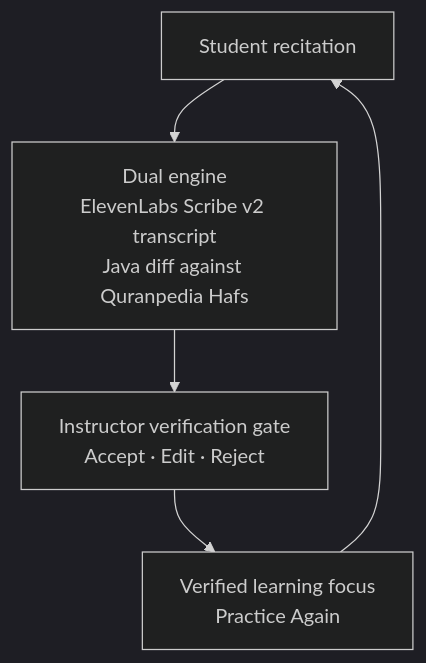
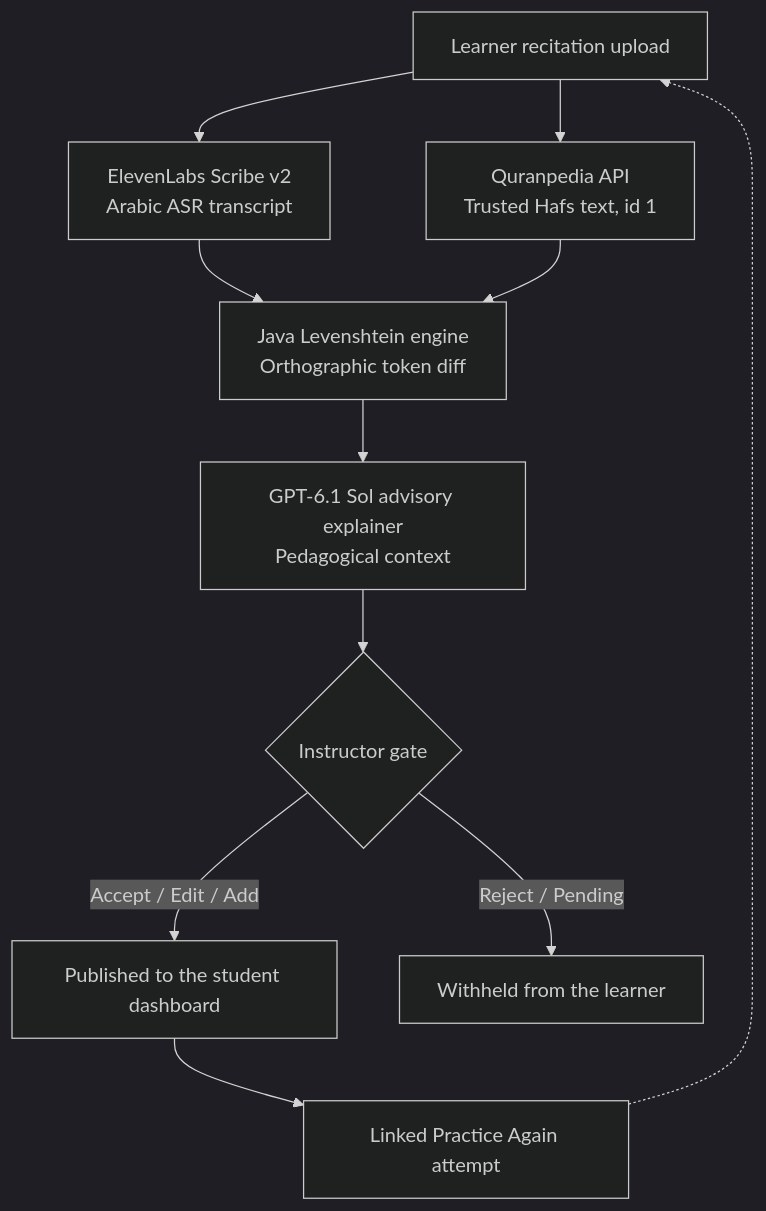
The diagram in README.md (Elhessan2000/e-tasmi-ai-learning-loop), drawn with Mermaid (dark theme) before and after one commit. The commit also changed other lines of this file, not shown here.

````diff
--- a/README.md
+++ b/README.md
@@ -44,7 +74,13 @@
 ```mermaid
 flowchart TD
-    A[Student recitation] --> B[Dual engine<br/>ElevenLabs Scribe v2 transcript<br/>Java diff against Quranpedia Hafs]
-    B --> C[Instructor verification gate<br/>Accept · Edit · Reject]
-    C --> D[Verified learning focus<br/>Practice Again]
-    D --> A
+    A[Learner recitation upload] --> B[ElevenLabs Scribe v2<br/>Arabic ASR transcript]
+    A --> C[Quranpedia API<br/>Trusted Hafs text, id 1]
+    B --> D[Java Levenshtein engine<br/>Orthographic token diff]
+    C --> D
+    D --> E[GPT-6.1 Sol advisory explainer<br/>Pedagogical context]
+    E --> F{Instructor gate}
+    F -->|Accept / Edit / Add| G[Published to the student dashboard]
+    F -->|Reject / Pending| H[Withheld from the learner]
+    G --> I[Linked Practice Again attempt]
+    I -.-> A
 ```
````
